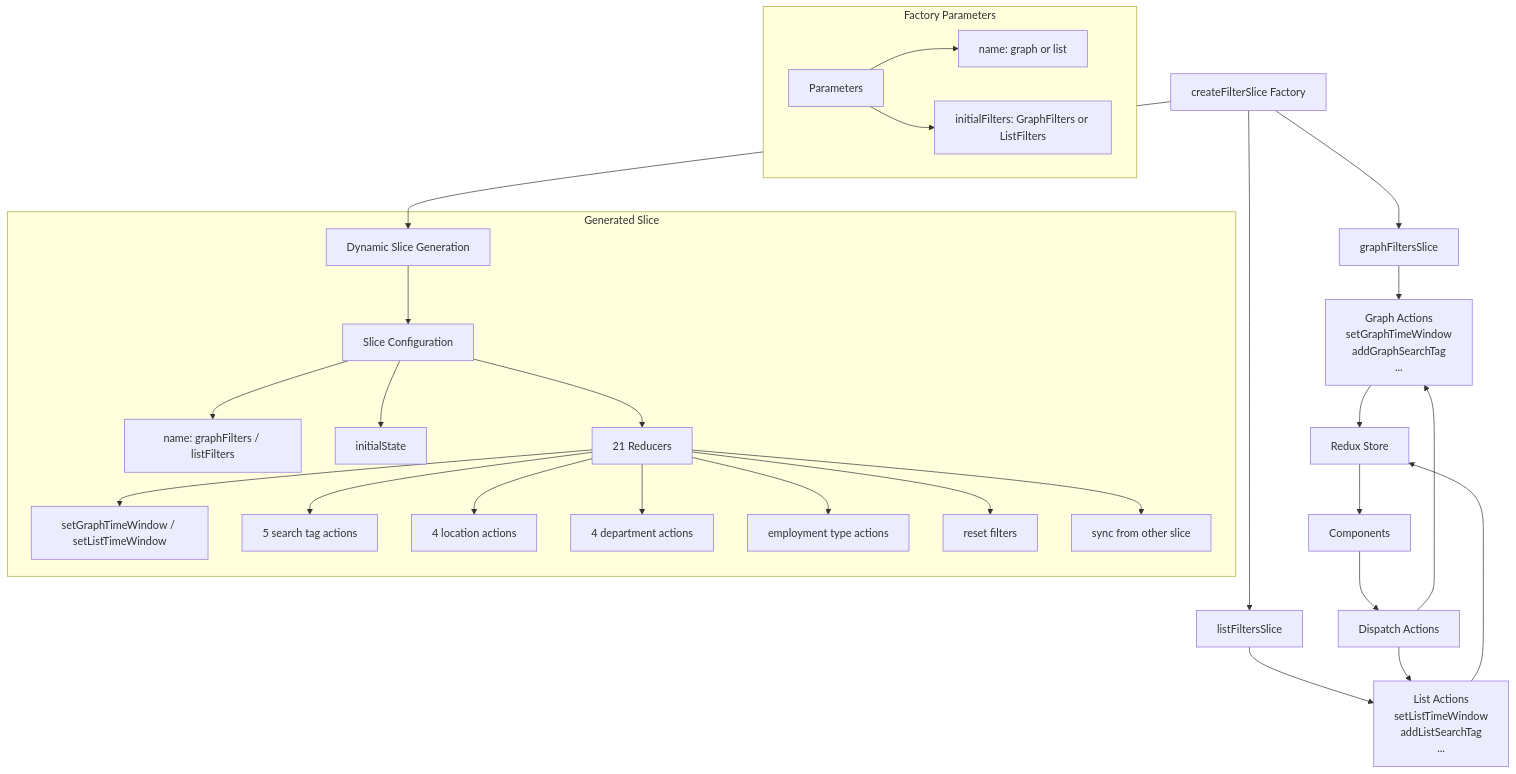
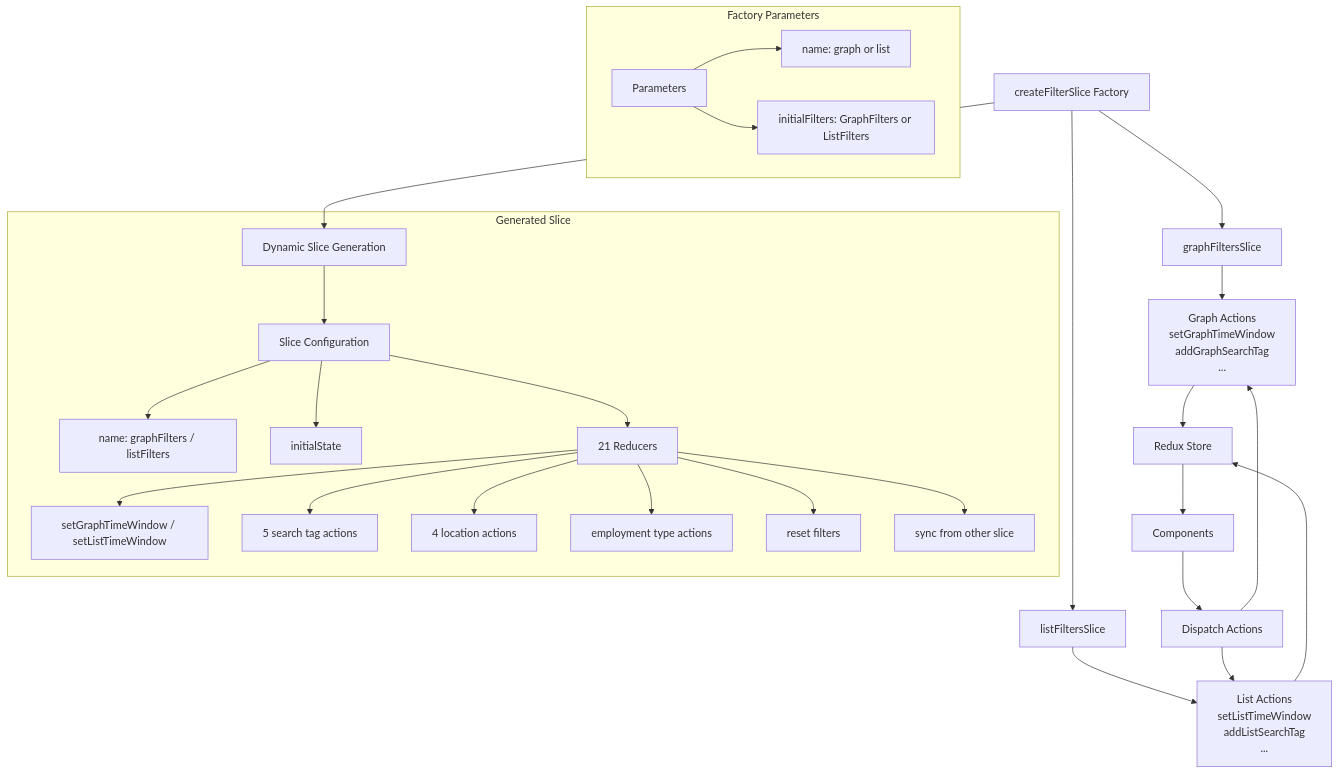
Before and after one commit to brendanpotter00/Job-Visualizer-Notifier: the fourth of 8 diagrams in src/frontend/docs/architecture.md, drawn with Mermaid. The commit also changed other lines of this file and 147 other files, not shown here.

````diff
--- a/src/frontend/docs/architecture.md
+++ b/src/frontend/docs/architecture.md
@@ -223,41 +221,40 @@
 ```mermaid
 graph TB
     Factory[createFilterSlice Factory]
 
     subgraph "Factory Parameters"
         Params[Parameters]
         Params --> SliceName[name: graph or list]
         Params --> InitialState[initialFilters: GraphFilters or ListFilters]
     end
 
     Factory --> DynamicSlice[Dynamic Slice Generation]
 
     subgraph "Generated Slice"
         DynamicSlice --> SliceConfig[Slice Configuration]
         SliceConfig --> StateName[name: graphFilters / listFilters]
         SliceConfig --> State[initialState]
         SliceConfig --> Reducers[21 Reducers]
 
         Reducers --> TimeWindow[setGraphTimeWindow / setListTimeWindow]
         Reducers --> SearchTags[5 search tag actions]
         Reducers --> Locations[4 location actions]
-        Reducers --> Departments[4 department actions]
         Reducers --> Employment[employment type actions]
         Reducers --> Reset[reset filters]
         Reducers --> Sync[sync from other slice]
     end
 
     Factory --> GraphSlice[graphFiltersSlice]
     Factory --> ListSlice[listFiltersSlice]
 
     GraphSlice --> GraphActions[Graph Actions<br/>setGraphTimeWindow<br/>addGraphSearchTag<br/>...]
     ListSlice --> ListActions[List Actions<br/>setListTimeWindow<br/>addListSearchTag<br/>...]
 
     GraphActions --> Store[Redux Store]
     ListActions --> Store
 
     Store --> Components[Components]
     Components --> Dispatch[Dispatch Actions]
     Dispatch --> GraphActions
     Dispatch --> ListActions
 ```
````
